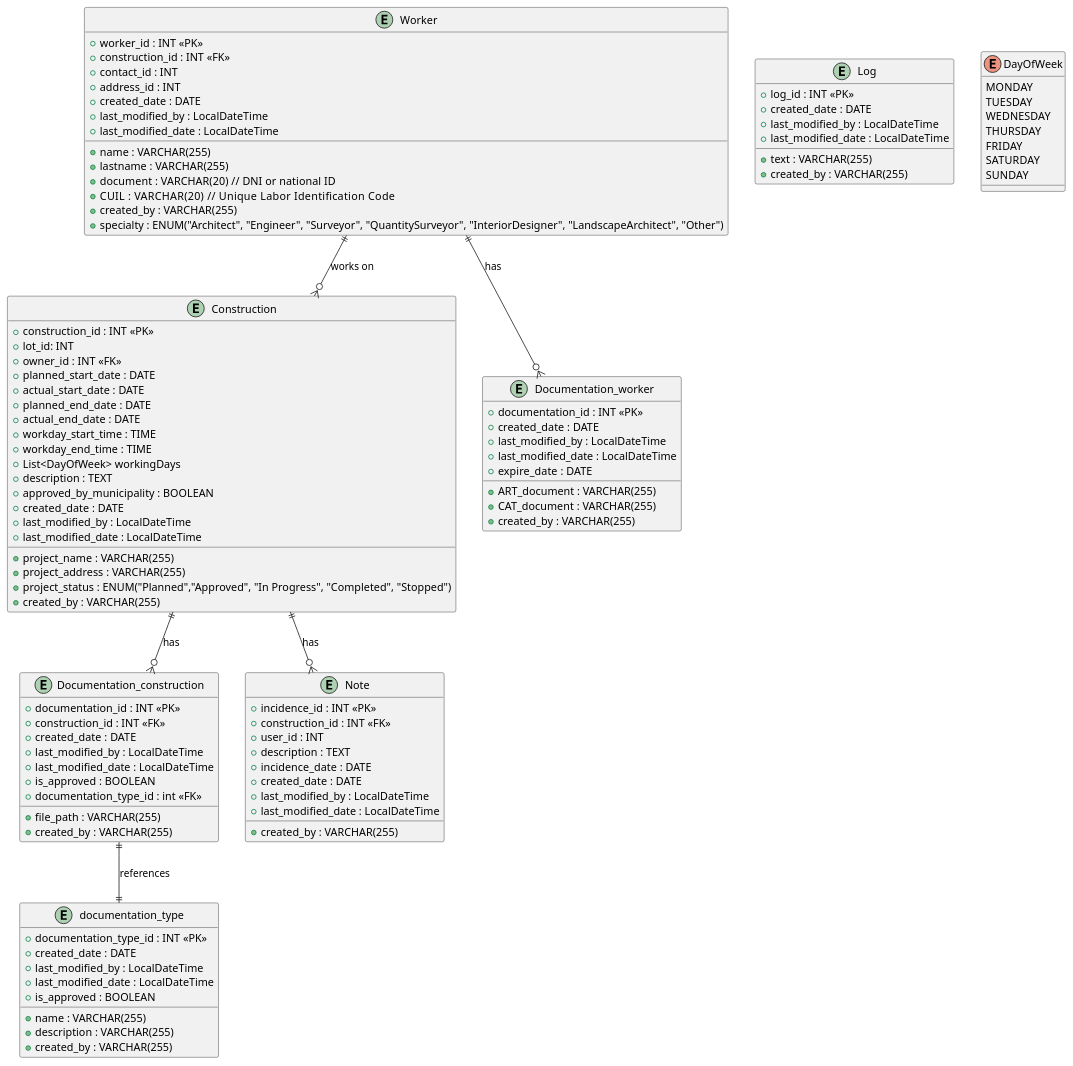
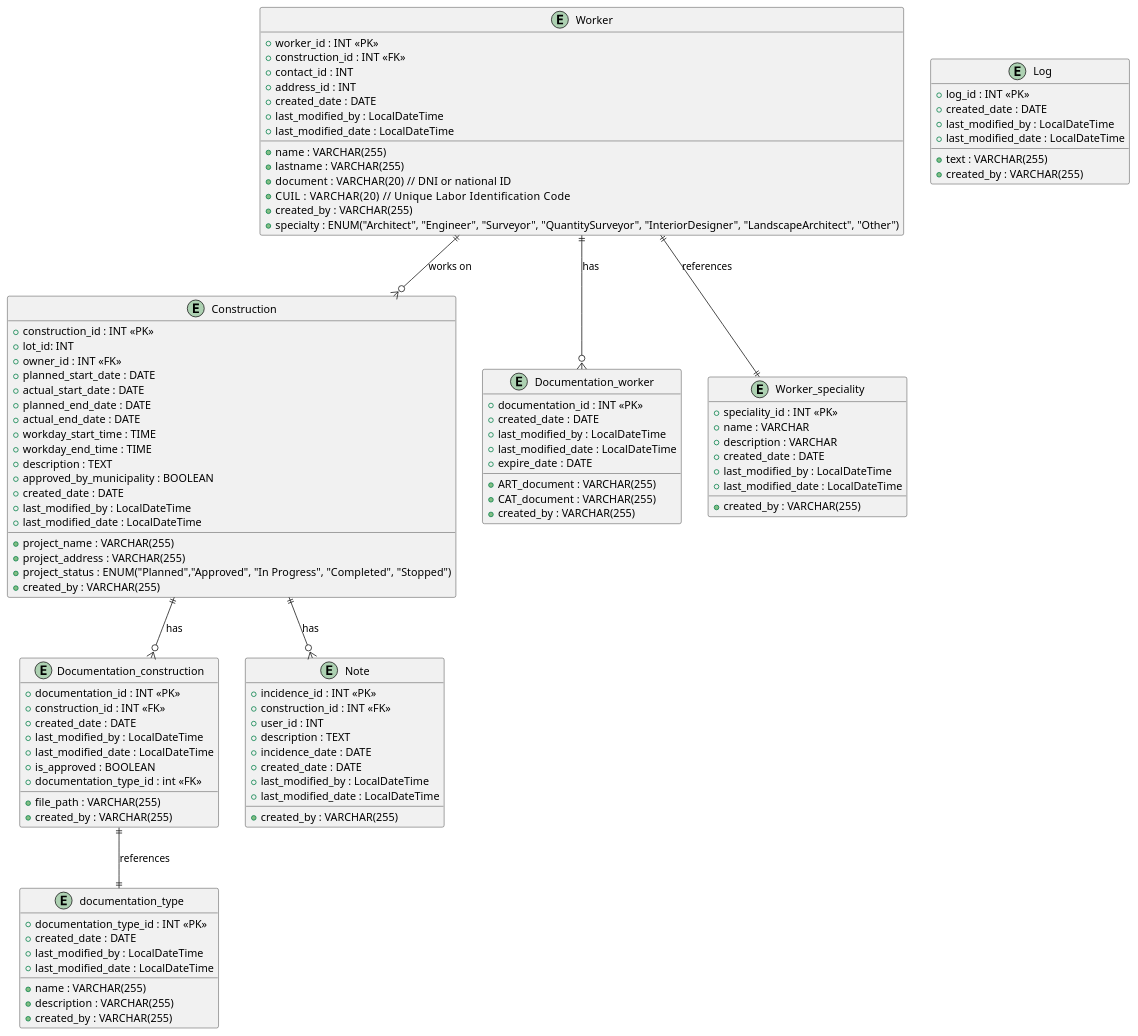
Before and after one commit to 406021-GAUFFIN/public-constructions: the diagram in docs/app_doc/diagrams/entities/entities.puml, drawn with PlantUML.

Commit message:
created specialityType table on diagram

```diff
--- a/docs/app_doc/diagrams/entities/entities.puml
+++ b/docs/app_doc/diagrams/entities/entities.puml
@@ -1,117 +1,118 @@
 @startuml
 
 entity "Construction" as construction {
   + construction_id : INT <<PK>>
   + project_name : VARCHAR(255)
   + project_address : VARCHAR(255)
   + lot_id: INT
   + owner_id : INT <<FK>>
   + planned_start_date : DATE
   + actual_start_date : DATE
   + planned_end_date : DATE
   + actual_end_date : DATE
   + project_status : ENUM("Planned","Approved", "In Progress", "Completed", "Stopped")
   + workday_start_time : TIME
   + workday_end_time : TIME
-  + List<DayOfWeek> workingDays
   + description : TEXT
   + approved_by_municipality : BOOLEAN
   + created_by : VARCHAR(255)
   + created_date : DATE
   + last_modified_by : LocalDateTime
   + last_modified_date : LocalDateTime
 }
 
 entity "Documentation_construction" as documentation {
   + documentation_id : INT <<PK>>
   + construction_id : INT <<FK>>
   + file_path : VARCHAR(255)
   + created_by : VARCHAR(255)
   + created_date : DATE
   + last_modified_by : LocalDateTime
   + last_modified_date : LocalDateTime
   + is_approved : BOOLEAN
   + documentation_type_id : int <<FK>>
 }
 entity "Log" as log {
   + log_id : INT <<PK>>
   + text : VARCHAR(255)
   + created_by : VARCHAR(255)
   + created_date : DATE
   + last_modified_by : LocalDateTime
   + last_modified_date : LocalDateTime
 
 }
 
 entity "documentation_type" as documentation_type {
   + documentation_type_id : INT <<PK>>
   + name : VARCHAR(255)
   + description : VARCHAR(255)
   + created_by : VARCHAR(255)
   + created_date : DATE
   + last_modified_by : LocalDateTime
   + last_modified_date : LocalDateTime
-  + is_approved : BOOLEAN
+
 
 }
 
 
 
 entity "Documentation_worker" as documentation_worker {
   + documentation_id : INT <<PK>>
   + ART_document : VARCHAR(255)
   + CAT_document : VARCHAR(255)
   + created_by : VARCHAR(255)
   + created_date : DATE
   + last_modified_by : LocalDateTime
   + last_modified_date : LocalDateTime
   + expire_date : DATE
 }
 
 entity "Worker" as worker {
   + worker_id : INT <<PK>>
   + construction_id : INT <<FK>>
   + name : VARCHAR(255)
   + lastname : VARCHAR(255)
   + document : VARCHAR(20)  // DNI or national ID
   + CUIL : VARCHAR(20)      // Unique Labor Identification Code
   + contact_id : INT
   + address_id : INT
   + created_by : VARCHAR(255)
   + created_date : DATE
   + last_modified_by : LocalDateTime
   + last_modified_date : LocalDateTime
   + specialty : ENUM("Architect", "Engineer", "Surveyor", "QuantitySurveyor", "InteriorDesigner", "LandscapeArchitect", "Other")
 }
 
 
 
-enum DayOfWeek {
-  MONDAY
-  TUESDAY
-  WEDNESDAY
-  THURSDAY
-  FRIDAY
-  SATURDAY
-  SUNDAY
-}
+
 
 entity "Note" as Note {
   + incidence_id : INT <<PK>>
   + construction_id : INT <<FK>>
   + user_id : INT
   + description : TEXT
   + incidence_date : DATE
   + created_by : VARCHAR(255)
   + created_date : DATE
   + last_modified_by : LocalDateTime
   + last_modified_date : LocalDateTime
 }
+entity "Worker_speciality" as worker_speciality {
+  + speciality_id : INT <<PK>>
+  + name : VARCHAR
+  + description : VARCHAR
+  + created_by : VARCHAR(255)
+  + created_date : DATE
+  + last_modified_by : LocalDateTime
+  + last_modified_date : LocalDateTime
+}
 worker ||--o{ documentation_worker : "has"
 construction ||--o{ Note : "has"
 construction ||--o{ documentation : "has"
 worker ||--o{ construction : "works on"
 documentation ||--|| documentation_type : "references"
+worker ||--|| worker_speciality : "references"
 
 
 @enduml
```
